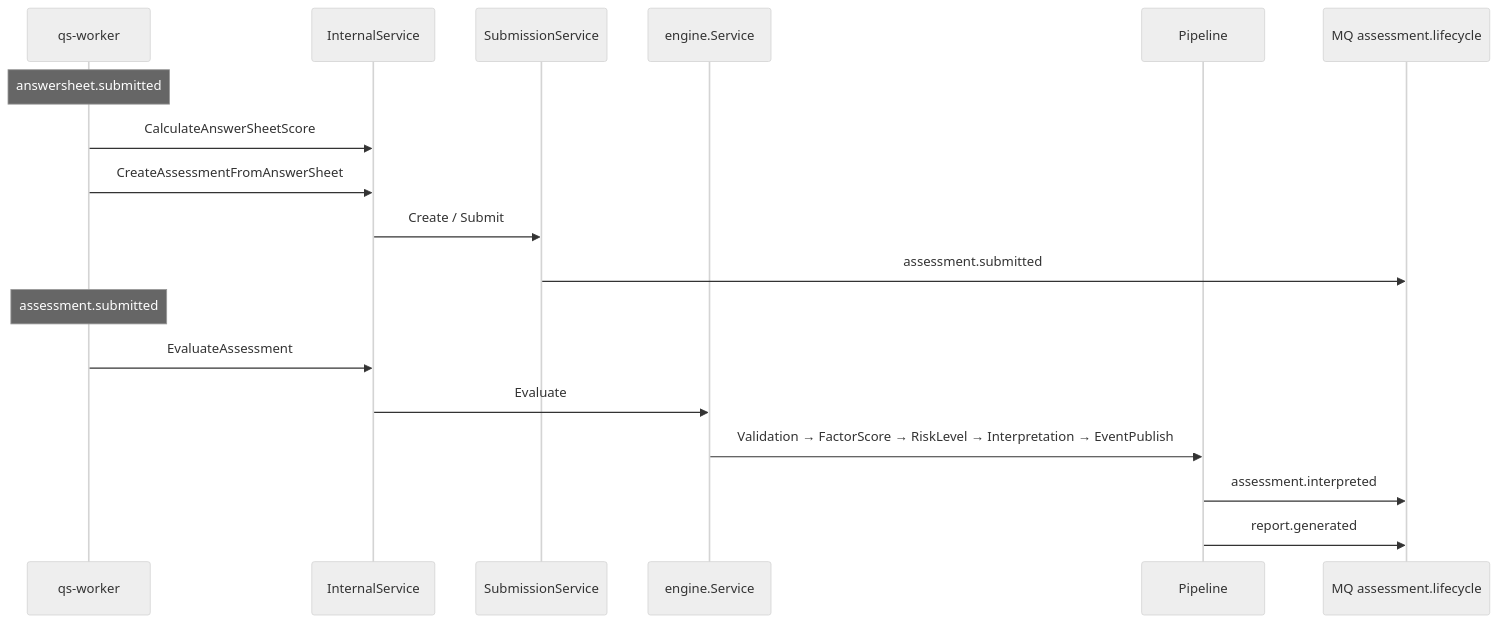
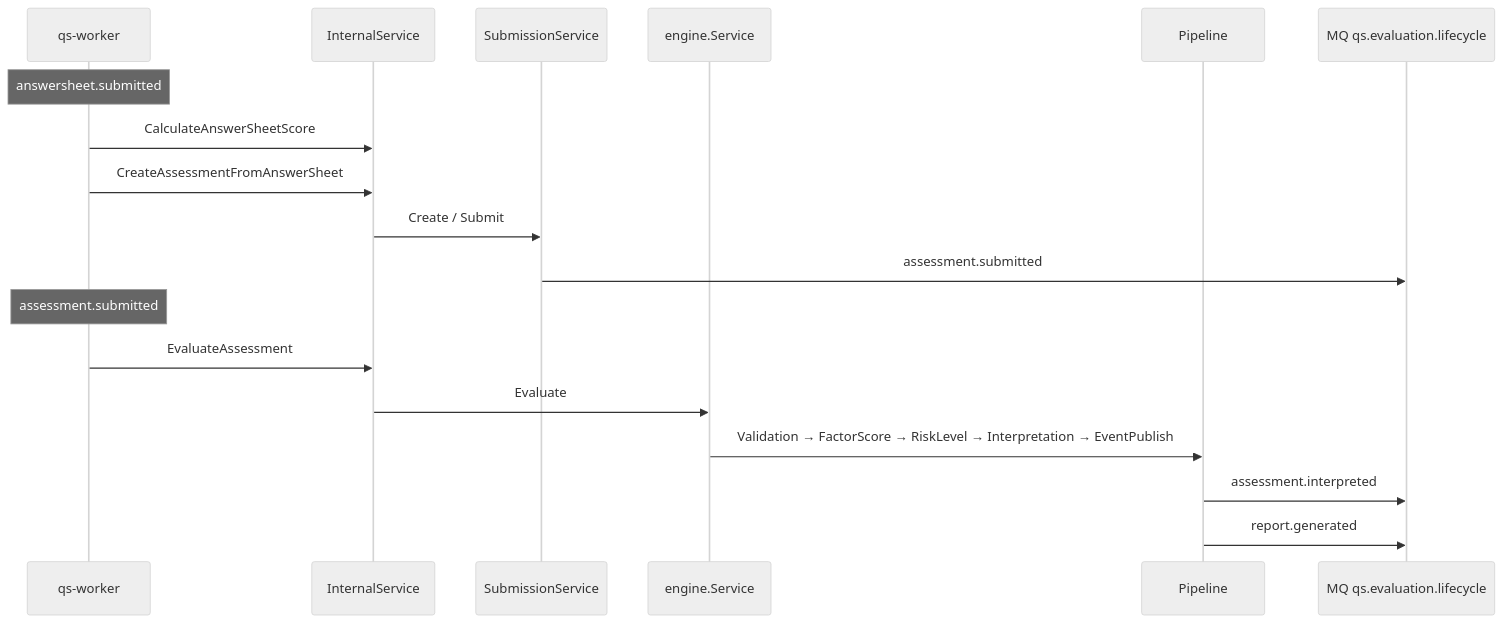
One commit to FangcunMount/qs-server changed the fourth of 4 diagrams in docs/02-业务模块/03-evaluation.md. Above: the diagram before and after it, drawn with Mermaid (neutral theme). The commit also changed other lines of this file and 36 other files, not shown here.

````diff
--- a/docs/02-业务模块/03-evaluation.md
+++ b/docs/02-业务模块/03-evaluation.md
@@ -258,22 +258,22 @@
 ```mermaid
 sequenceDiagram
     participant W as qs-worker
     participant I as InternalService
     participant Sub as SubmissionService
     participant Eng as engine.Service
     participant P as Pipeline
-    participant MQ as MQ assessment.lifecycle
+    participant MQ as MQ qs.evaluation.lifecycle
 
     Note over W: answersheet.submitted
     W->>I: CalculateAnswerSheetScore
     W->>I: CreateAssessmentFromAnswerSheet
     I->>Sub: Create / Submit
     Sub->>MQ: assessment.submitted
 
     Note over W: assessment.submitted
     W->>I: EvaluateAssessment
     I->>Eng: Evaluate
     Eng->>P: Validation → FactorScore → RiskLevel → Interpretation → EventPublish
     P->>MQ: assessment.interpreted
     P->>MQ: report.generated
 ```
````
